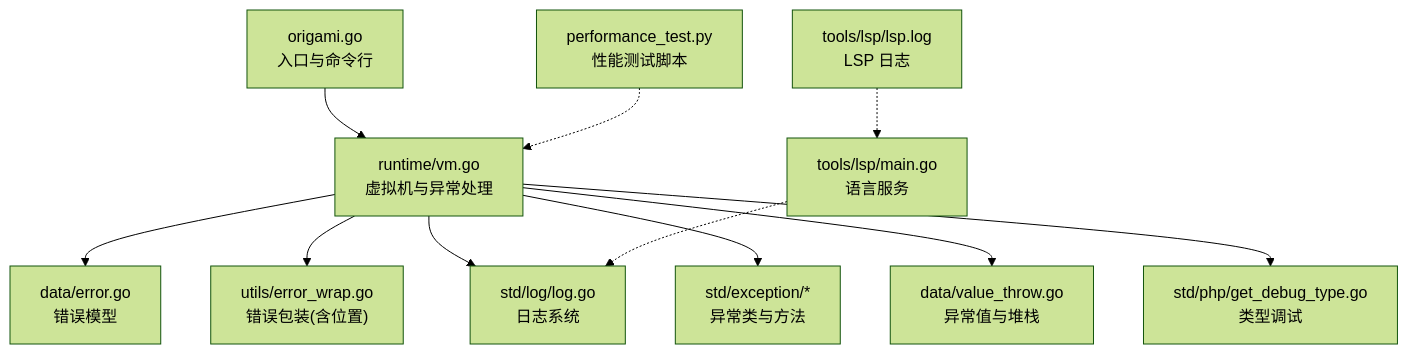
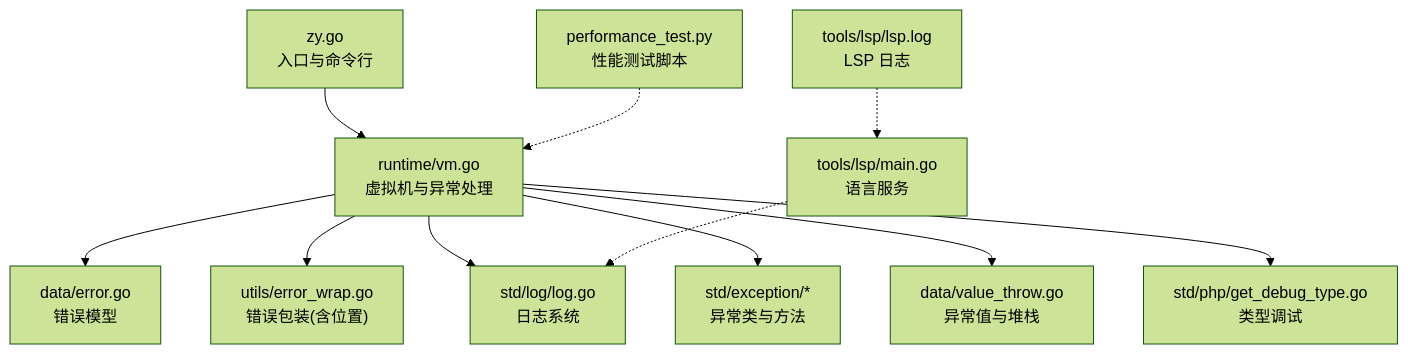
The first of 7 diagrams in .qoder/repowiki/zh/content/故障排除.md (php-any/origami), drawn with Mermaid (forest theme) before and after one commit. The commit also changed other lines of this file and 21 other files, not shown here.

````diff
--- a/.qoder/repowiki/zh/content/故障排除.md
+++ b/.qoder/repowiki/zh/content/故障排除.md
@@ -50,13 +50,13 @@
 ```mermaid
 graph TB
-A["origami.go<br/>入口与命令行"] --> B["runtime/vm.go<br/>虚拟机与异常处理"]
+A["zy.go<br/>入口与命令行"] --> B["runtime/vm.go<br/>虚拟机与异常处理"]
 B --> C["data/error.go<br/>错误模型"]
 B --> D["utils/error_wrap.go<br/>错误包装(含位置)"]
 B --> E["std/log/log.go<br/>日志系统"]
 B --> F["std/exception/*<br/>异常类与方法"]
 B --> G["data/value_throw.go<br/>异常值与堆栈"]
 B --> H["std/php/get_debug_type.go<br/>类型调试"]
 I["performance_test.py<br/>性能测试脚本"] -.-> B
 J["tools/lsp/main.go<br/>语言服务"] -.-> E
 K["tools/lsp/lsp.log<br/>LSP 日志"] -.-> J
 ```
````
